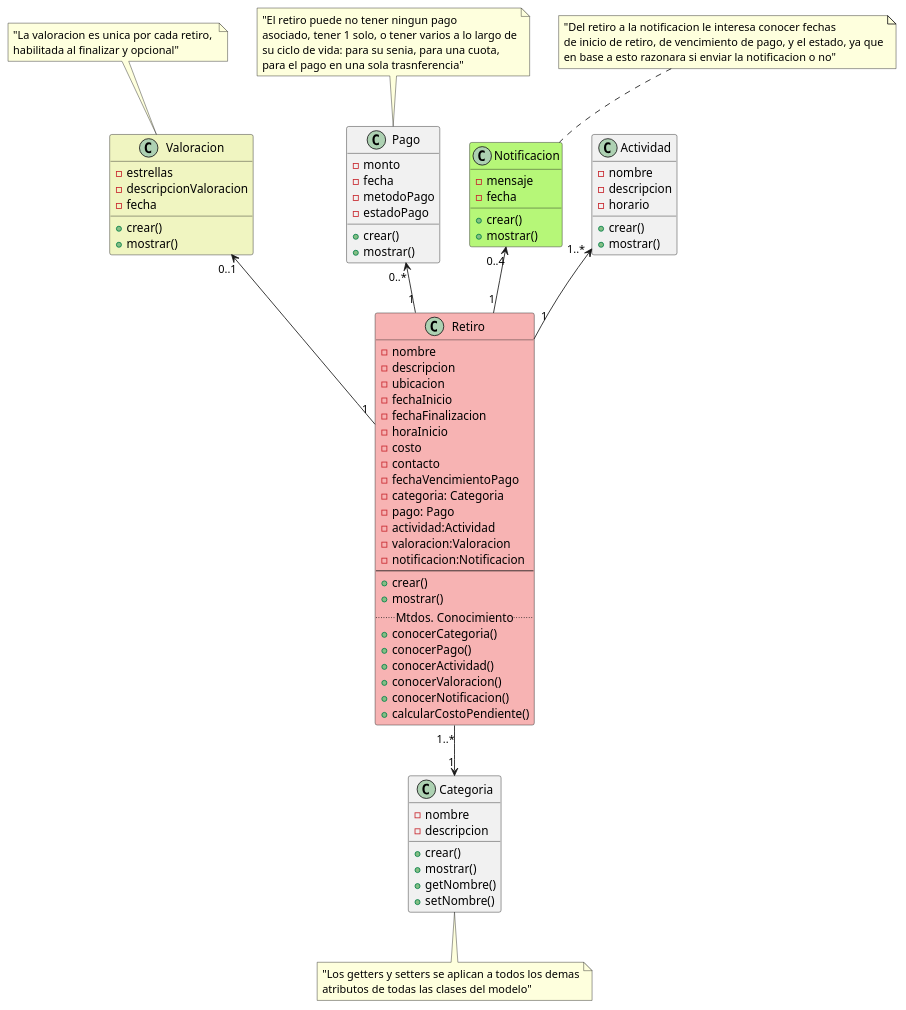
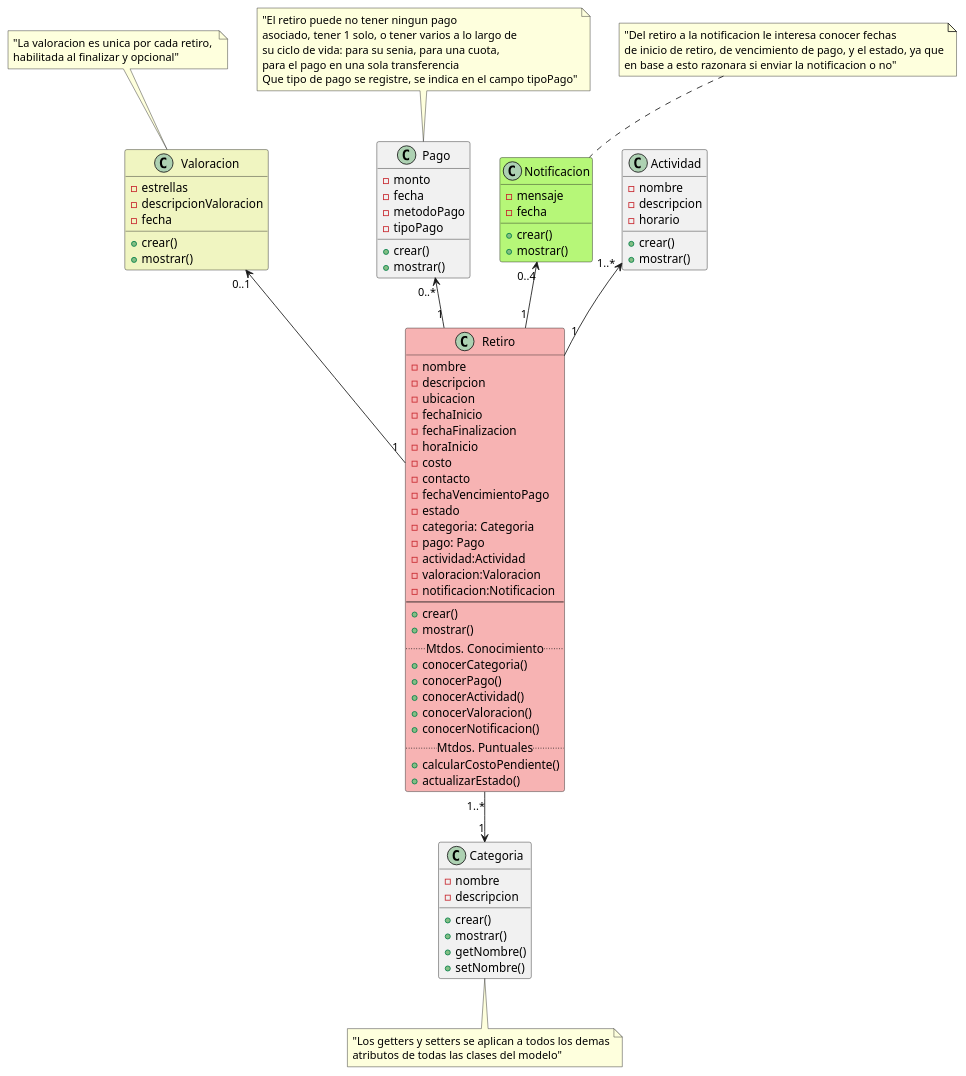
The diagram in Entrega 2/diagrama_final.puml (agustinborg-66/TPI-ASI---2026), drawn with PlantUML before and after one commit. The commit also changed 3 other files, not shown here.

Commit message:
Modificacion de maquina de estado y Diagrama de CU

```diff
--- a/Entrega 2/diagrama_final.puml
+++ b/Entrega 2/diagrama_final.puml
@@ -1,107 +1,111 @@
 @startuml retiros
 
 class Retiro #f7b3b3 {
     -nombre
     -descripcion
     -ubicacion
     -fechaInicio
     -fechaFinalizacion
     -horaInicio
     -costo
     -contacto
     -fechaVencimientoPago
+    -estado
     -categoria: Categoria
     -pago: Pago
     -actividad:Actividad
     -valoracion:Valoracion
     -notificacion:Notificacion
     --
     +crear()
     +mostrar()
     .. Mtdos. Conocimiento ..
     +conocerCategoria()
     +conocerPago()
     +conocerActividad()
     +conocerValoracion()
     +conocerNotificacion()
+    .. Mtdos. Puntuales ..
     +calcularCostoPendiente()
+    +actualizarEstado()
 }
 
 note right of Retiro::estadoPago
     "Los diversos estados por los que transitara el retiro
     acorde a que pagos se realizaron son:
     Pendiente, senia abonada, pago parcial, pagado totalmente"
 end note
 note right of Retiro::calcularCostoPendiente
     "Este metodo sirve para calcular el costo pendiente de pago del retiro:
     costo - sumar(Pagos)"
 end note
 
 class Categoria {
     -nombre
     -descripcion
     +crear()
     +mostrar()
     +getNombre()
     +setNombre()
 }
 
 note bottom of Categoria
     "Los getters y setters se aplican a todos los demas
     atributos de todas las clases del modelo"
 end note
 
 class Valoracion #f0f5c1{
     -estrellas
     -descripcionValoracion
     -fecha
     +crear()
     +mostrar()
 }
 note top of Valoracion
     "La valoracion es unica por cada retiro, 
     habilitada al finalizar y opcional"
 end note
 
 class Pago {
     -monto
     -fecha
     -metodoPago
-    -estadoPago
+    -tipoPago
     +crear()
     +mostrar()
 }
 note top of Pago
     "El retiro puede no tener ningun pago
     asociado, tener 1 solo, o tener varios a lo largo de
     su ciclo de vida: para su senia, para una cuota,
-    para el pago en una sola trasnferencia"
+    para el pago en una sola transferencia
+    Que tipo de pago se registre, se indica en el campo tipoPago"
 end note
 
 class Notificacion #b6f778{
     -mensaje
     -fecha
     +crear()
     +mostrar()
 }
 note top of Notificacion
     "Del retiro a la notificacion le interesa conocer fechas
     de inicio de retiro, de vencimiento de pago, y el estado, ya que
     en base a esto razonara si enviar la notificacion o no"
 end note
 
 class Actividad {
     -nombre
     -descripcion
     -horario
     +crear()
     +mostrar()
 }
 
 Actividad "1..*" <-- "1" Retiro
 Pago "0..*" <-- "1" Retiro
 Notificacion "0..4" <-- "1" Retiro
 Valoracion "0..1" <-- "1" Retiro
 Retiro "1..*" --> "1" Categoria
 
 @enduml
```
